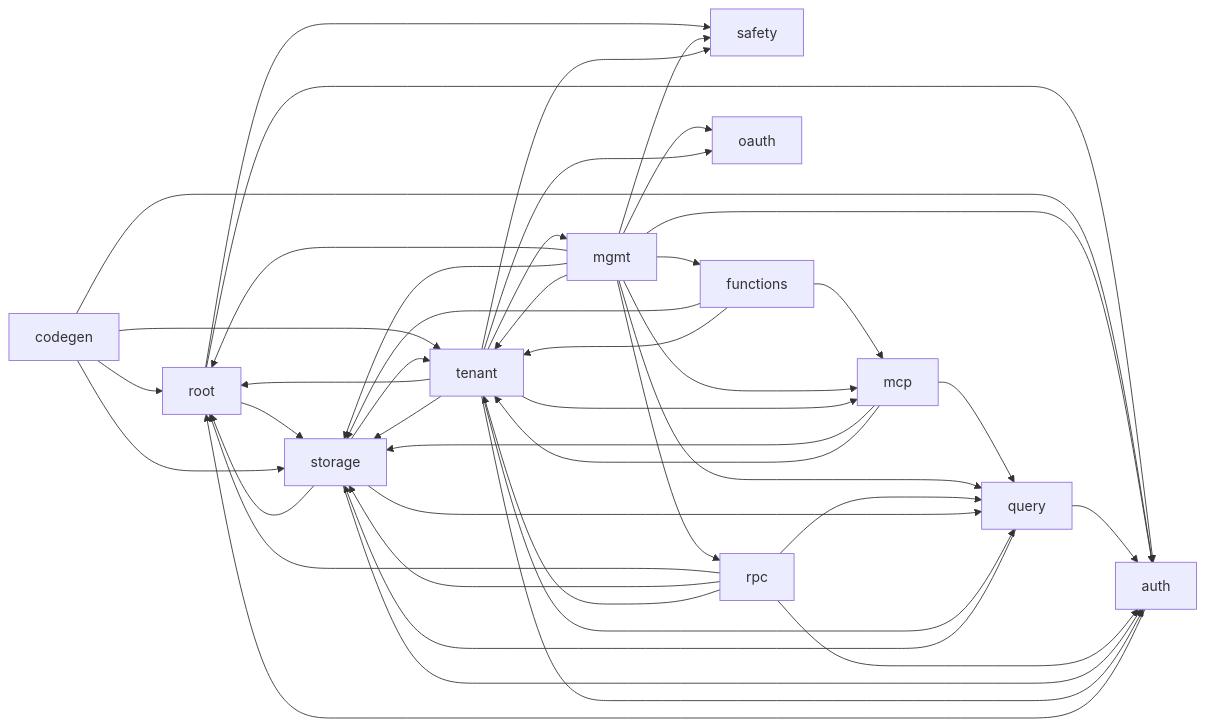
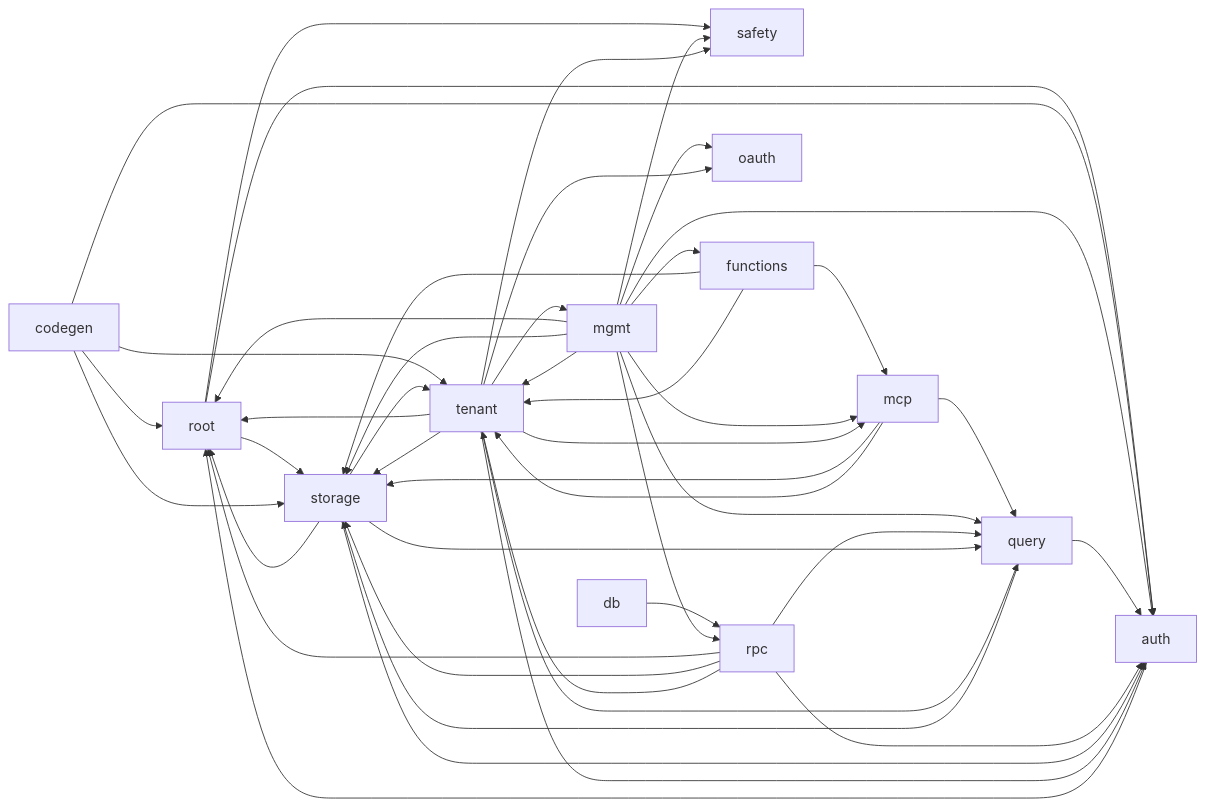
Before and after one commit to KaelLim/drust: the diagram in docs/architecture.md, drawn with Mermaid. The commit also changed other lines of this file and 7 other files, not shown here.

````diff
--- a/docs/architecture.md
+++ b/docs/architecture.md
@@ -41,46 +41,47 @@
 ```mermaid
 graph LR
   root --> auth
   root --> safety
   root --> storage
   auth --> root
   codegen --> root
   codegen --> auth
   codegen --> storage
   codegen --> tenant
+  db --> rpc
   functions --> mcp
   functions --> storage
   functions --> tenant
   mcp --> query
   mcp --> storage
   mcp --> tenant
   mgmt --> root
   mgmt --> auth
   mgmt --> functions
   mgmt --> mcp
   mgmt --> oauth
   mgmt --> query
   mgmt --> rpc
   mgmt --> safety
   mgmt --> storage
   mgmt --> tenant
   query --> auth
   query --> storage
   rpc --> root
   rpc --> auth
   rpc --> query
   rpc --> storage
   rpc --> tenant
   storage --> root
   storage --> auth
   storage --> query
   storage --> tenant
   tenant --> root
   tenant --> auth
   tenant --> mcp
   tenant --> mgmt
   tenant --> oauth
   tenant --> query
   tenant --> safety
   tenant --> storage
 ```
````
